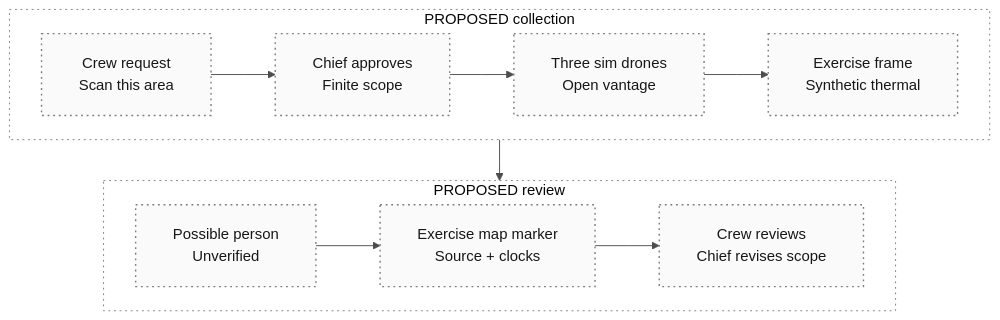
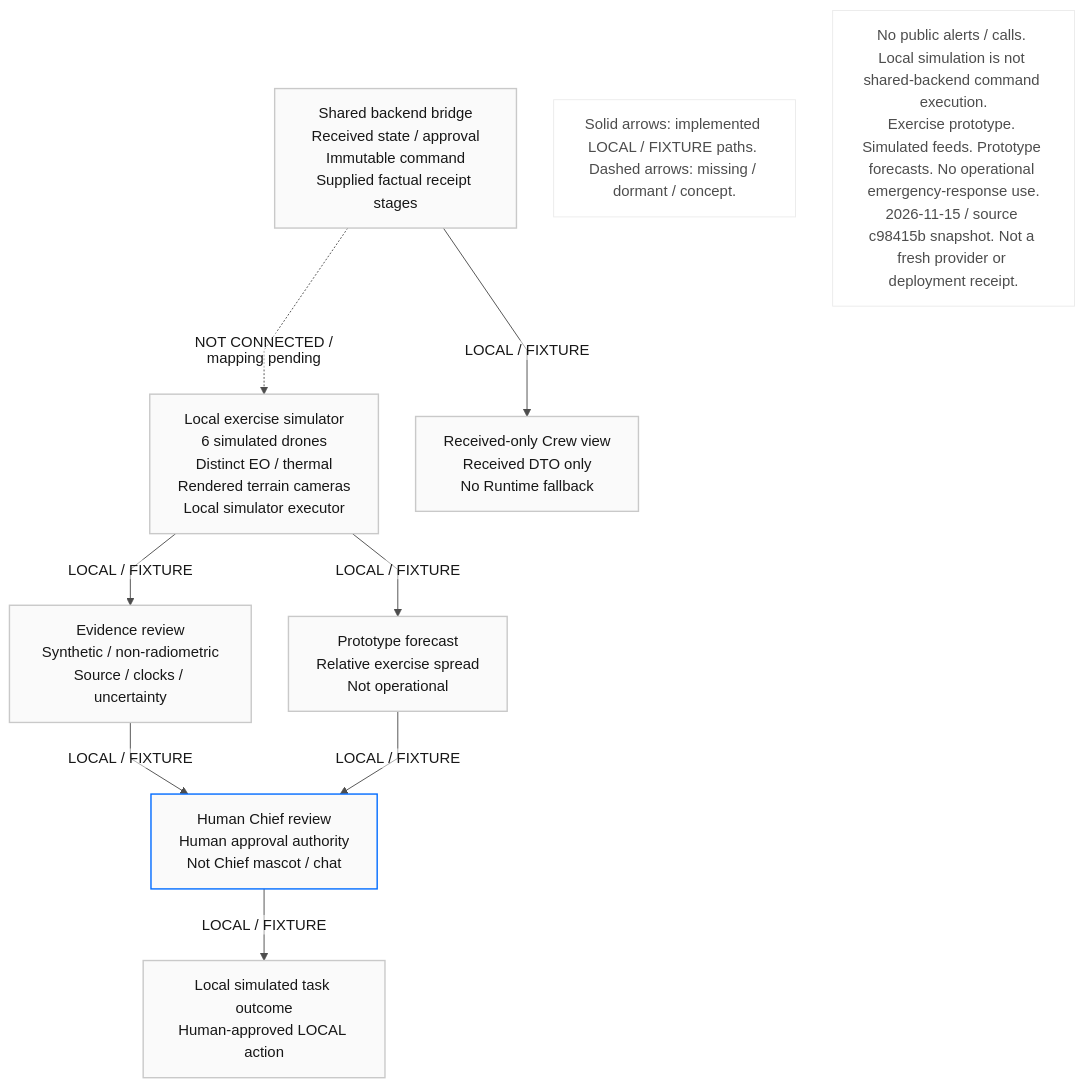
One commit to nikolas-sapa/FIREYE changed the diagram in docs/assets/readme/demo-flow.mmd. Above: the diagram before and after it, drawn with Mermaid. The commit also changed 16 other files, not shown here.

First line of the commit message:
Keep demo diagrams aligned with implemented exercise boundaries

```diff
--- a/docs/assets/readme/demo-flow.mmd
+++ b/docs/assets/readme/demo-flow.mmd
@@ -1,26 +1,27 @@
-%%{init: {"theme":"base","fontFamily":"Geist Sans","fontSize":18,"themeVariables":{"background":"#ffffff","primaryColor":"#fafafa","primaryTextColor":"#171717","primaryBorderColor":"#8f8f8f","lineColor":"#4d4d4d","secondaryColor":"#ffffff","tertiaryColor":"#fafafa","clusterBkg":"#fafafa","clusterBorder":"#c9c9c9","edgeLabelBackground":"#ffffff"},"flowchart":{"htmlLabels":false,"curve":"linear","nodeSpacing":32,"rankSpacing":44,"padding":20}}}%%
+%%{init: {"theme":"base","fontFamily":"Geist Sans","fontSize":22,"themeVariables":{"primaryColor":"#fafafa","primaryTextColor":"#171717","primaryBorderColor":"#c9c9c9","lineColor":"#4d4d4d","edgeLabelBackground":"#ffffff"},"flowchart":{"htmlLabels":false,"curve":"linear","nodeSpacing":40,"rankSpacing":56}}}%%
 graph TD
-  accTitle: Proposed twenty-second scan-area demonstration, not a working-demo receipt
-  accDescr: Proposed storyboard only, not measured runtime or an operational result. A human Chief approves scanning an area. Three simulated drones collect visible pixels from an open vantage. Every drone would have a synthetic thermal feed with optional EO. Analysis flags a possible person, explicitly unverified. The crew shares an evidence pin, reviews it, and may approve a revised simulated task. No through-wall vision, calibrated temperatures, confirmed identification, or lives-saved claim.
-
-  subgraph COLLECTION["PROPOSED collection"]
-    direction LR
-    REQUEST["Crew request<br/>Scan this area"]
-    REVIEW["Chief approves<br/>Finite scope"]
-    DRONES["Three sim drones<br/>Open vantage"]
-    FRAME["Exercise frame<br/>Synthetic thermal"]
-    REQUEST --> REVIEW --> DRONES --> FRAME
-  end
-  subgraph REVIEW_STAGE["PROPOSED review"]
-    direction LR
-    FINDING["Possible person<br/>Unverified"]
-    MAP["Exercise map marker<br/>Source + clocks"]
-    HUMAN["Crew reviews<br/>Chief revises scope"]
-    FINDING --> MAP --> HUMAN
-  end
-  COLLECTION --> REVIEW_STAGE
-
-  classDef proposed fill:#fafafa,stroke:#7d7d7d,stroke-width:1.5px,stroke-dasharray:2 4,color:#171717;
-  class REQUEST,REVIEW,DRONES,FRAME,FINDING,MAP,HUMAN proposed;
-  style COLLECTION fill:#ffffff,stroke:#7d7d7d,stroke-dasharray:2 4
-  style REVIEW_STAGE fill:#ffffff,stroke:#7d7d7d,stroke-dasharray:2 4
+  accTitle: Evidence to human-reviewed simulation.
+  accDescr: Local exercise review and received-state sharing are separate implemented paths. Solid arrows: implemented LOCAL / FIXTURE paths. Dashed arrows: missing / dormant / concept. No public alerts / calls. Local simulation is not shared-backend command execution. Exercise prototype. Simulated feeds. Prototype forecasts. No operational emergency-response use. 2026-11-15 / source c98415b snapshot. Not a fresh provider or deployment receipt.
+  SIM["Local exercise simulator<br/>6 simulated drones<br/>Distinct EO / thermal<br/>Rendered terrain cameras<br/>Local simulator executor"]
+  EVIDENCE["Evidence review<br/>Synthetic / non-radiometric<br/>Source / clocks / uncertainty"]
+  FORECAST["Prototype forecast<br/>Relative exercise spread<br/>Not operational"]
+  HUMAN["Human Chief review<br/>Human approval authority<br/>Not Chief mascot / chat"]
+  OUTCOME["Local simulated task outcome<br/>Human-approved LOCAL action"]
+  BRIDGE["Shared backend bridge<br/>Received state / approval<br/>Immutable command<br/>Supplied factual receipt stages"]
+  CREW["Received-only Crew view<br/>Received DTO only<br/>No Runtime fallback"]
+  SIM -- "LOCAL / FIXTURE" --> EVIDENCE
+  SIM -- "LOCAL / FIXTURE" --> FORECAST
+  EVIDENCE -- "LOCAL / FIXTURE" --> HUMAN
+  FORECAST -- "LOCAL / FIXTURE" --> HUMAN
+  HUMAN -- "LOCAL / FIXTURE" --> OUTCOME
+  BRIDGE -- "LOCAL / FIXTURE" --> CREW
+  BRIDGE -. "NOT CONNECTED / mapping pending" .-> SIM
+  LEGEND["Solid arrows: implemented LOCAL / FIXTURE paths. Dashed arrows: missing / dormant / concept."]
+  BOUNDARY["No public alerts / calls. Local simulation is not shared-backend command execution.<br/>Exercise prototype. Simulated feeds. Prototype forecasts. No operational emergency-response use.<br/>2026-11-15 / source c98415b snapshot. Not a fresh provider or deployment receipt."]
+  classDef local fill:#fafafa,stroke:#c9c9c9,stroke-width:1.5px,color:#171717;
+  classDef authority fill:#fafafa,stroke:#006bff,stroke-width:1.5px,color:#171717;
+  classDef pending fill:#fafafa,stroke:#7d7d7d,stroke-width:1.5px,stroke-dasharray:7 6,color:#171717;
+  classDef note fill:#ffffff,stroke:#ebebeb,color:#4d4d4d;
+  class SIM,EVIDENCE,FORECAST,HUMAN,OUTCOME,BRIDGE,CREW local;
+  class HUMAN authority;
+  class LEGEND,BOUNDARY note;
```
